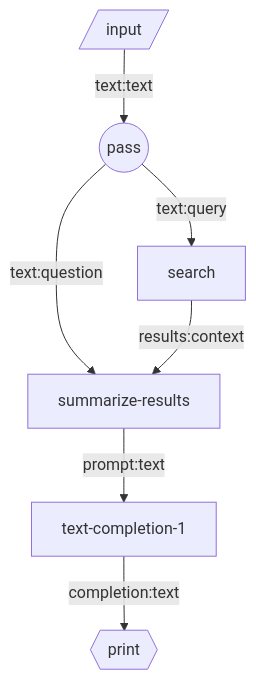
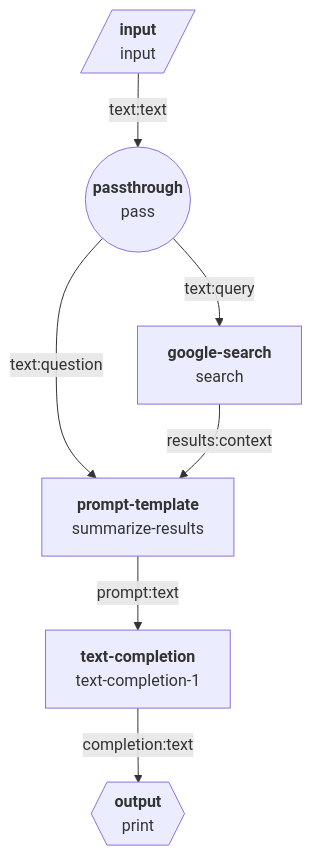
One commit to breadboard-ai/breadboard changed the diagram in seeds/graph-playground/docs/graphs/search-summarize.md. Above: the diagram before and after it, drawn with Mermaid. The commit also changed 11 other files, not shown here.

Commit message:
[graph-playground] Show node types.

````diff
--- a/seeds/graph-playground/docs/graphs/search-summarize.md
+++ b/seeds/graph-playground/docs/graphs/search-summarize.md
@@ -4,9 +4,21 @@
 ```mermaid
 graph TD;
-input[/input/] -- text:text --> pass((pass))
-pass((pass)) -- text:query --> search
-pass((pass)) -- text:question --> summarize-results
-search -- results:context --> summarize-results
-summarize-results -- prompt:text --> text-completion-1
-text-completion-1 -- completion:text --> print{{print}}
+input[/"`**input**
+input`"/]:::input -- text:text --> pass(("`**passthrough**
+pass`")):::passthrough
+pass(("`**passthrough**
+pass`")):::passthrough -- text:query --> search["`**google-search**
+search`"]
+pass(("`**passthrough**
+pass`")):::passthrough -- text:question --> summarize-results["`**prompt-template**
+summarize-results`"]
+search["`**google-search**
+search`"] -- results:context --> summarize-results["`**prompt-template**
+summarize-results`"]
+summarize-results["`**prompt-template**
+summarize-results`"] -- prompt:text --> text-completion-1["`**text-completion**
+text-completion-1`"]
+text-completion-1["`**text-completion**
+text-completion-1`"] -- completion:text --> print{{"`**output**
+print`"}}:::output
 ```
````
